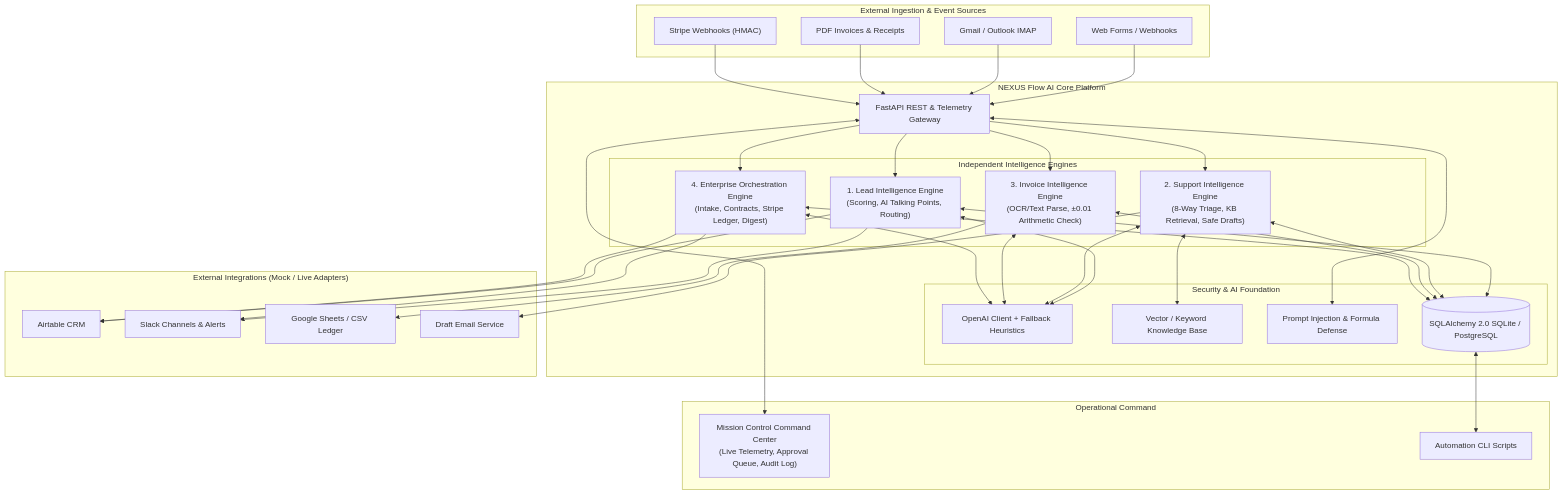
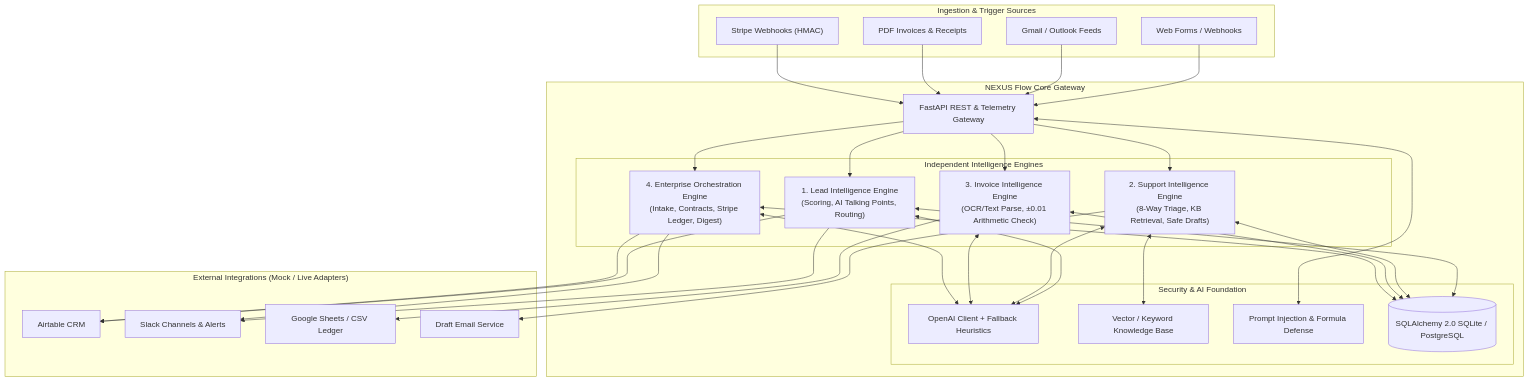
The diagram in README.md (maheswari9080/Datheon_AI_Automation_-_Agent_Building), drawn with Mermaid before and after one commit. The commit also changed other lines of this file and 9 other files, not shown here.

````diff
--- a/README.md
+++ b/README.md
@@ -28,57 +46,49 @@
 ```mermaid
 graph TB
-    subgraph "External Ingestion & Event Sources"
+    subgraph "Ingestion & Trigger Sources"
         WebForms["Web Forms / Webhooks"]
-        EmailFeeds["Gmail / Outlook IMAP"]
+        EmailFeeds["Gmail / Outlook Feeds"]
         PDFUploads["PDF Invoices & Receipts"]
         StripeHooks["Stripe Webhooks (HMAC)"]
     end
 
-    subgraph "NEXUS Flow AI Core Platform"
+    subgraph "NEXUS Flow Core Gateway"
         API["FastAPI REST & Telemetry Gateway"]
         
         subgraph "Independent Intelligence Engines"
             LE["1. Lead Intelligence Engine<br/>(Scoring, AI Talking Points, Routing)"]
             SE["2. Support Intelligence Engine<br/>(8-Way Triage, KB Retrieval, Safe Drafts)"]
             IE["3. Invoice Intelligence Engine<br/>(OCR/Text Parse, ±0.01 Arithmetic Check)"]
             OE["4. Enterprise Orchestration Engine<br/>(Intake, Contracts, Stripe Ledger, Digest)"]
         end
 
         subgraph "Security & AI Foundation"
             OpenAI["OpenAI Client + Fallback Heuristics"]
             KB["Vector / Keyword Knowledge Base"]
             Sanitizer["Prompt Injection & Formula Defense"]
             DB[(SQLAlchemy 2.0 SQLite / PostgreSQL)]
         end
     end
 
     subgraph "External Integrations (Mock / Live Adapters)"
         Airtable["Airtable CRM"]
         Slack["Slack Channels & Alerts"]
         Sheets["Google Sheets / CSV Ledger"]
         EmailService["Draft Email Service"]
     end
 
-    subgraph "Operational Command"
-        UI["Mission Control Command Center<br/>(Live Telemetry, Approval Queue, Audit Log)"]
-        CLI["Automation CLI Scripts"]
-    end
-
     WebForms --> API --> LE
     EmailFeeds --> API --> SE
     PDFUploads --> API --> IE
     StripeHooks --> API --> OE
 
     LE & SE & IE & OE <--> OpenAI
     SE <--> KB
     API <--> Sanitizer
     LE & SE & IE & OE <--> DB
 
     LE --> Airtable & Slack
     SE --> EmailService
     IE --> Sheets
     OE --> Airtable & Slack
-
-    API <--> UI
-    DB <--> CLI
 ```
````
